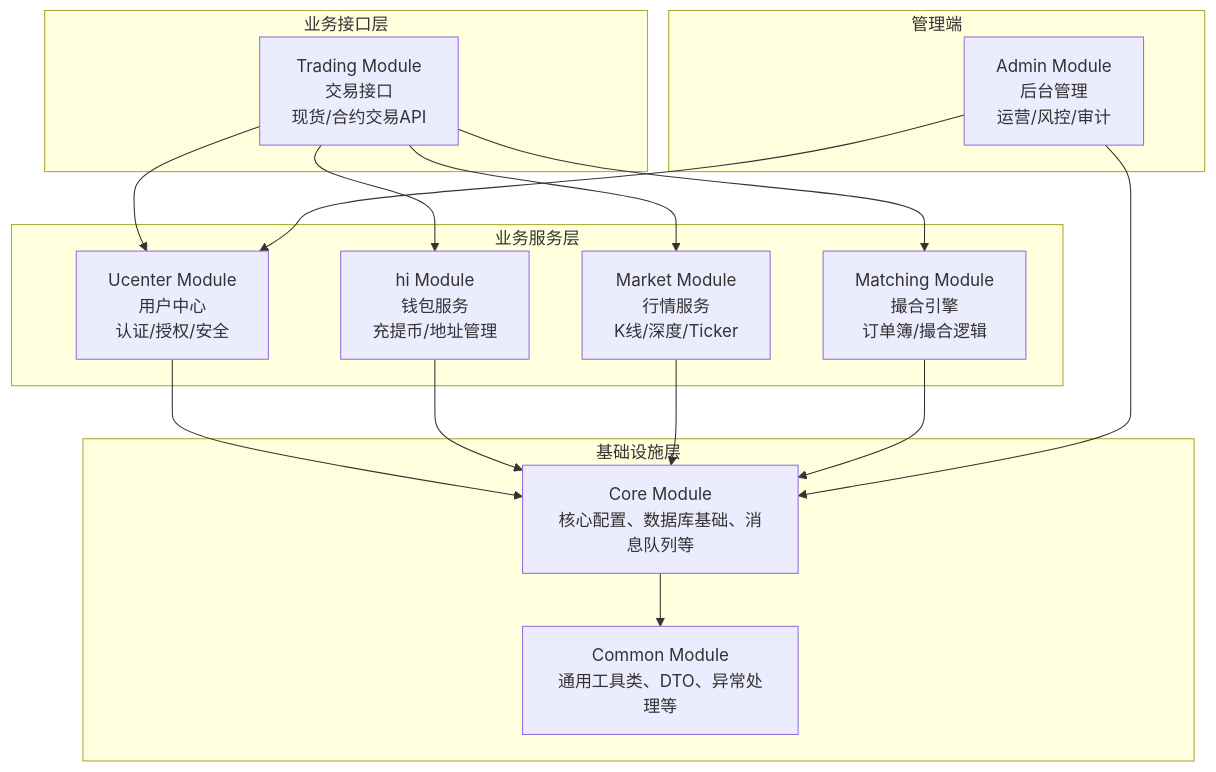
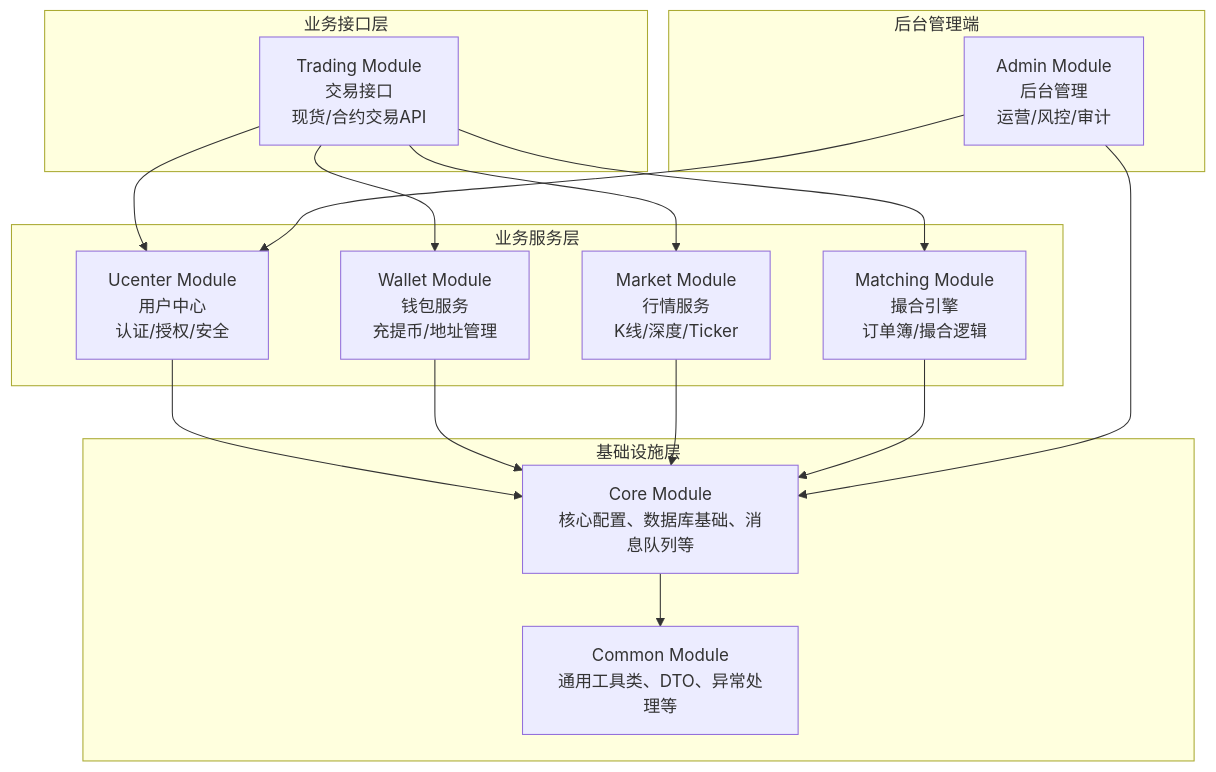
One commit to NewbiePro/quantax_lab changed the diagram in README.md. Above: the diagram before and after it, drawn with Mermaid.

Commit message:
git init

````diff
--- a/README.md
+++ b/README.md
@@ -8,35 +8,35 @@
 ```mermaid
 graph TD
     subgraph 基础设施层
-        crypto_lab_common[Common Module<br>通用工具类、DTO、异常处理等]
-        crypto_lab_core[Core Module<br>核心配置、数据库基础、消息队列等]
+        quantax_lab_common[Common Module<br>通用工具类、DTO、异常处理等]
+        quantax_lab_core[Core Module<br>核心配置、数据库基础、消息队列等]
     end
   
     subgraph 业务服务层
-        crypto_lab_ucenter[Ucenter Module<br>用户中心<br>认证/授权/安全]
-        crypto_lab_wallet[hi Module<br>钱包服务<br>充提币/地址管理]
-        crypto_lab_market[Market Module<br>行情服务<br>K线/深度/Ticker]
-        crypto_lab_matching[Matching Module<br>撮合引擎<br>订单簿/撮合逻辑]
+        quantax_lab_ucenter[Ucenter Module<br>用户中心<br>认证/授权/安全]
+        quantax_lab_wallet[Wallet Module<br>钱包服务<br>充提币/地址管理]
+        quantax_lab_market[Market Module<br>行情服务<br>K线/深度/Ticker]
+        quantax_lab_matching[Matching Module<br>撮合引擎<br>订单簿/撮合逻辑]
     end
   
     subgraph 业务接口层
-        crypto_lab_trading[Trading Module<br>交易接口<br>现货/合约交易API]
+        quantax_lab_trading[Trading Module<br>交易接口<br>现货/合约交易API]
     end
   
-    subgraph 管理端
-        crypto_lab_admin[Admin Module<br>后台管理<br>运营/风控/审计]
+    subgraph 后台管理端
+        quantax_lab_admin[Admin Module<br>后台管理<br>运营/风控/审计]
     end
   
     %% 依赖关系
-    crypto_lab_core --> crypto_lab_common
-    crypto_lab_ucenter --> crypto_lab_core
-    crypto_lab_wallet --> crypto_lab_core
-    crypto_lab_market --> crypto_lab_core
-    crypto_lab_matching --> crypto_lab_core
-    crypto_lab_trading --> crypto_lab_ucenter
-    crypto_lab_trading --> crypto_lab_market
-    crypto_lab_trading --> crypto_lab_matching
-    crypto_lab_trading --> crypto_lab_wallet
-    crypto_lab_admin --> crypto_lab_core
-    crypto_lab_admin --> crypto_lab_ucenter
+    quantax_lab_core --> quantax_lab_common
+    quantax_lab_ucenter --> quantax_lab_core
+    quantax_lab_wallet --> quantax_lab_core
+    quantax_lab_market --> quantax_lab_core
+    quantax_lab_matching --> quantax_lab_core
+    quantax_lab_trading --> quantax_lab_ucenter
+    quantax_lab_trading --> quantax_lab_market
+    quantax_lab_trading --> quantax_lab_matching
+    quantax_lab_trading --> quantax_lab_wallet
+    quantax_lab_admin --> quantax_lab_core
+    quantax_lab_admin --> quantax_lab_ucenter
 ```
````
